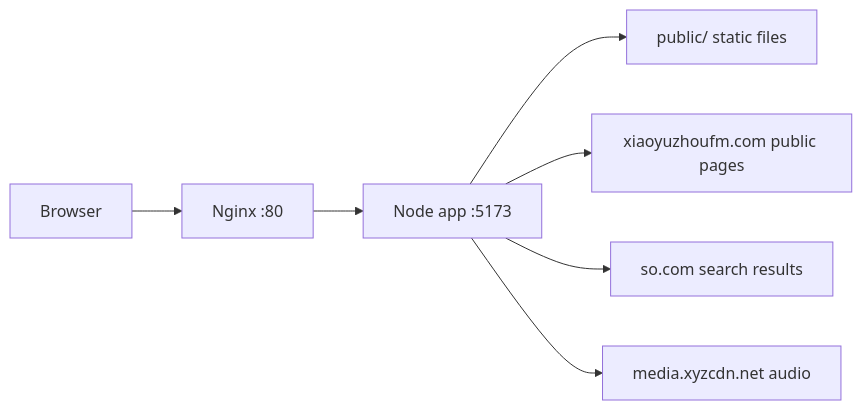
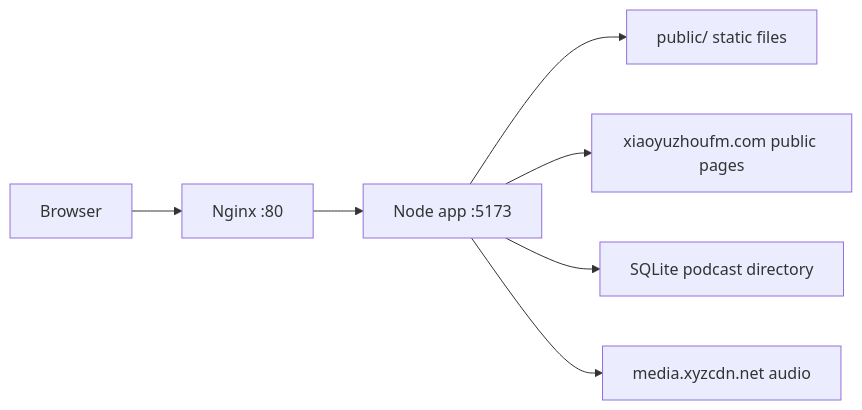
The diagram in docs/architecture.md (Medesol/cosmos-desktop-player), drawn with Mermaid before and after one commit. The commit also changed other lines of this file and 4 other files, not shown here.

````diff
--- a/docs/architecture.md
+++ b/docs/architecture.md
@@ -38,9 +38,9 @@
 ```mermaid
 flowchart LR
   Browser["Browser"] --> Nginx["Nginx :80"]
   Nginx --> App["Node app :5173"]
   App --> Static["public/ static files"]
   App --> XYZ["xiaoyuzhoufm.com public pages"]
-  App --> Search["so.com search results"]
+  App --> DB["SQLite podcast directory"]
   App --> Media["media.xyzcdn.net audio"]
 ```
````
